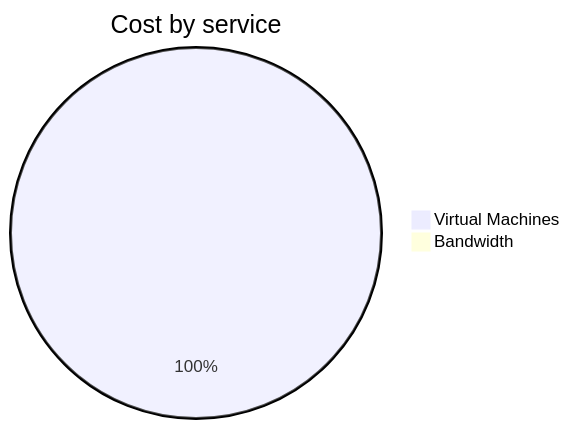
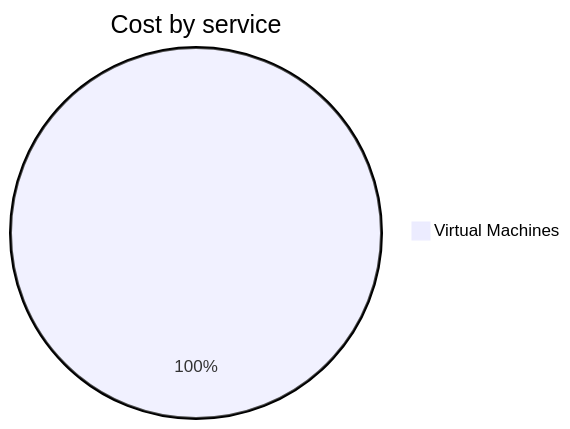
Before and after one commit to jpfulton/azure-personal-reports: the second of 4 diagrams in cost-reports/personal-network/backup-server.md, drawn with Mermaid. The commit also changed other lines of this file and 9 other files, not shown here.

````diff
--- a/cost-reports/personal-network/backup-server.md
+++ b/cost-reports/personal-network/backup-server.md
@@ -68,6 +95,5 @@
 ```mermaid
 pie
    title Cost by service
-   "Virtual Machines" : 2.84
-   "Bandwidth" : 0.00
+   "Virtual Machines" : 0.04
 ```
````
